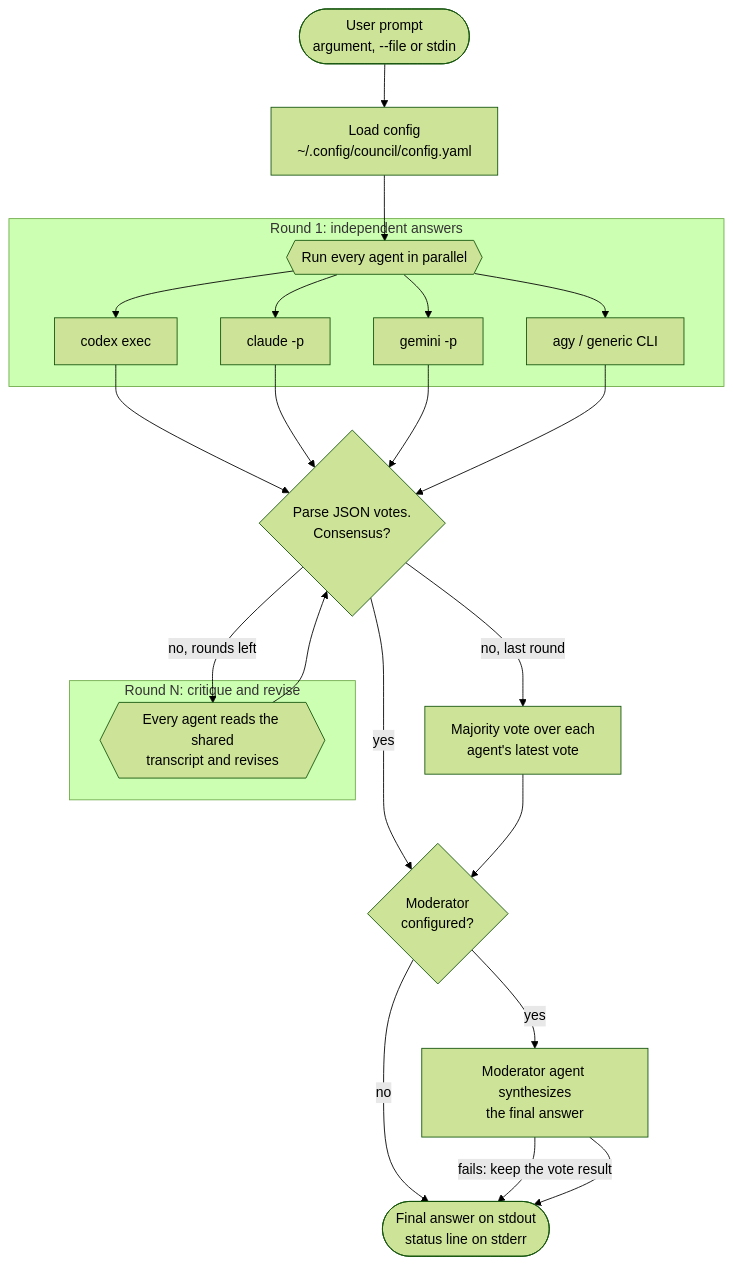
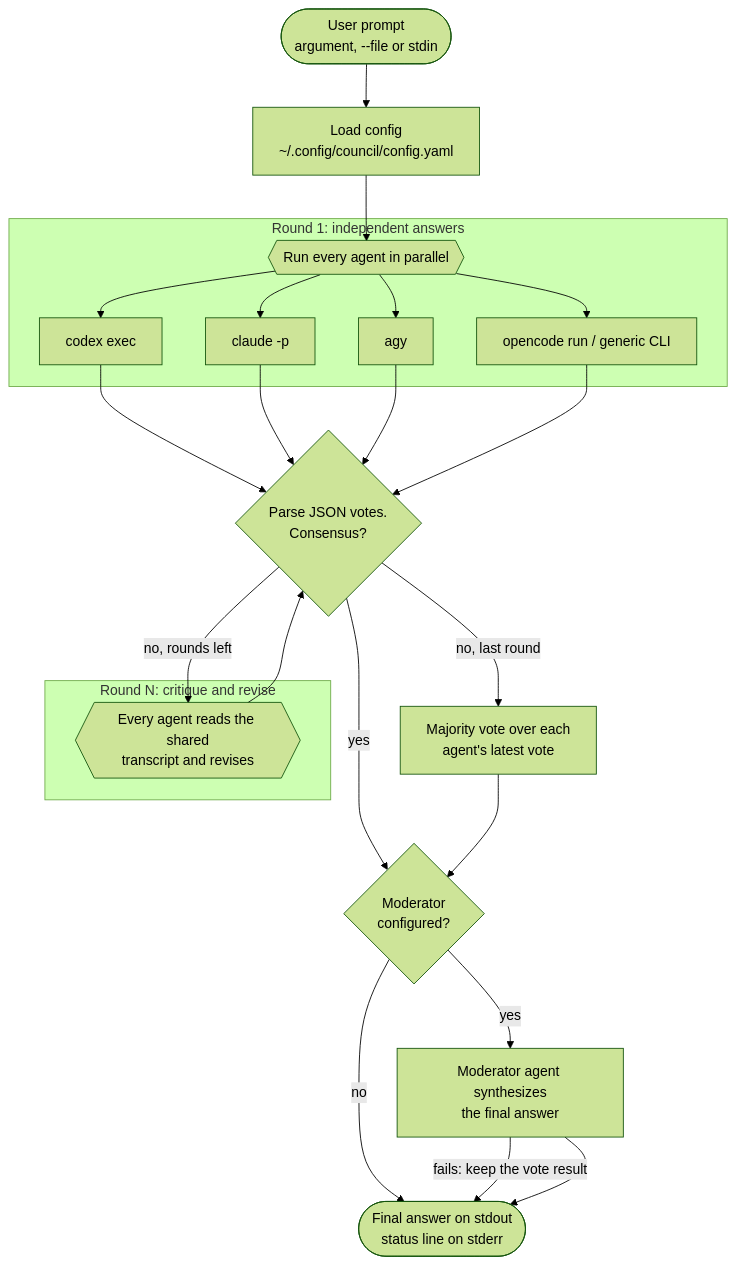
Before and after one commit to Parsa2820/council: the diagram in README.md, drawn with Mermaid (forest theme). The commit also changed other lines of this file and 9 other files, not shown here.

First line of the commit message:
docs: OpenCode, agy status, removed Gemini CLI, web UI moderator

````diff
--- a/README.md
+++ b/README.md
@@ -48,28 +48,28 @@
 ```mermaid
 flowchart TD
     Q([User prompt<br/>argument, --file or stdin]) --> CFG[Load config<br/>~/.config/council/config.yaml]
     CFG --> R1
 
     subgraph Round1 [Round 1: independent answers]
         R1{{Run every agent in parallel}} --> A1[codex exec]
         R1 --> B1[claude -p]
-        R1 --> C1[gemini -p]
-        R1 --> D1[agy / generic CLI]
+        R1 --> C1[agy]
+        R1 --> D1[opencode run / generic CLI]
     end
 
     A1 & B1 & C1 & D1 --> V{Parse JSON votes.<br/>Consensus?}
     V -- yes --> F
     V -- "no, rounds left" --> RN
 
     subgraph RoundN [Round N: critique and revise]
         RN{{Every agent reads the shared<br/>transcript and revises}}
     end
 
     RN --> V
     V -- "no, last round" --> M[Majority vote over each<br/>agent's latest vote]
     M --> F
     F{Moderator<br/>configured?} -- no --> OUT([Final answer on stdout<br/>status line on stderr])
     F -- yes --> MOD[Moderator agent synthesizes<br/>the final answer]
     MOD -- "fails: keep the vote result" --> OUT
     MOD --> OUT
 ```
````
